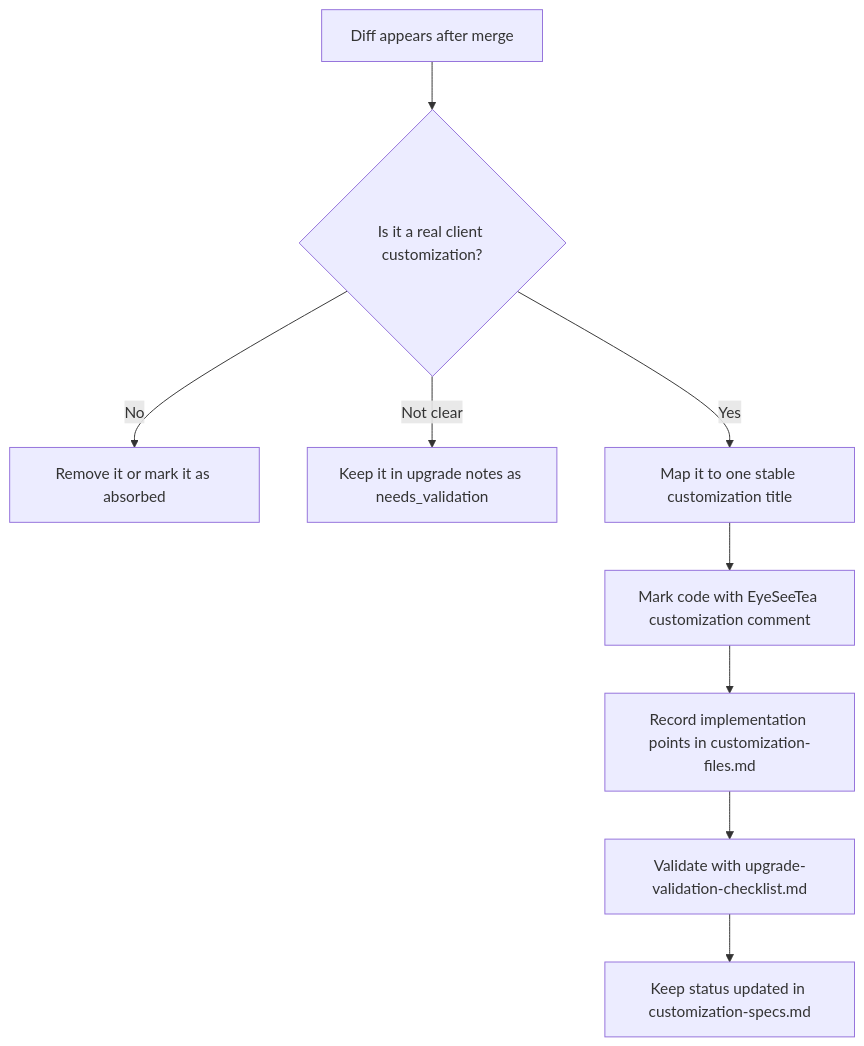
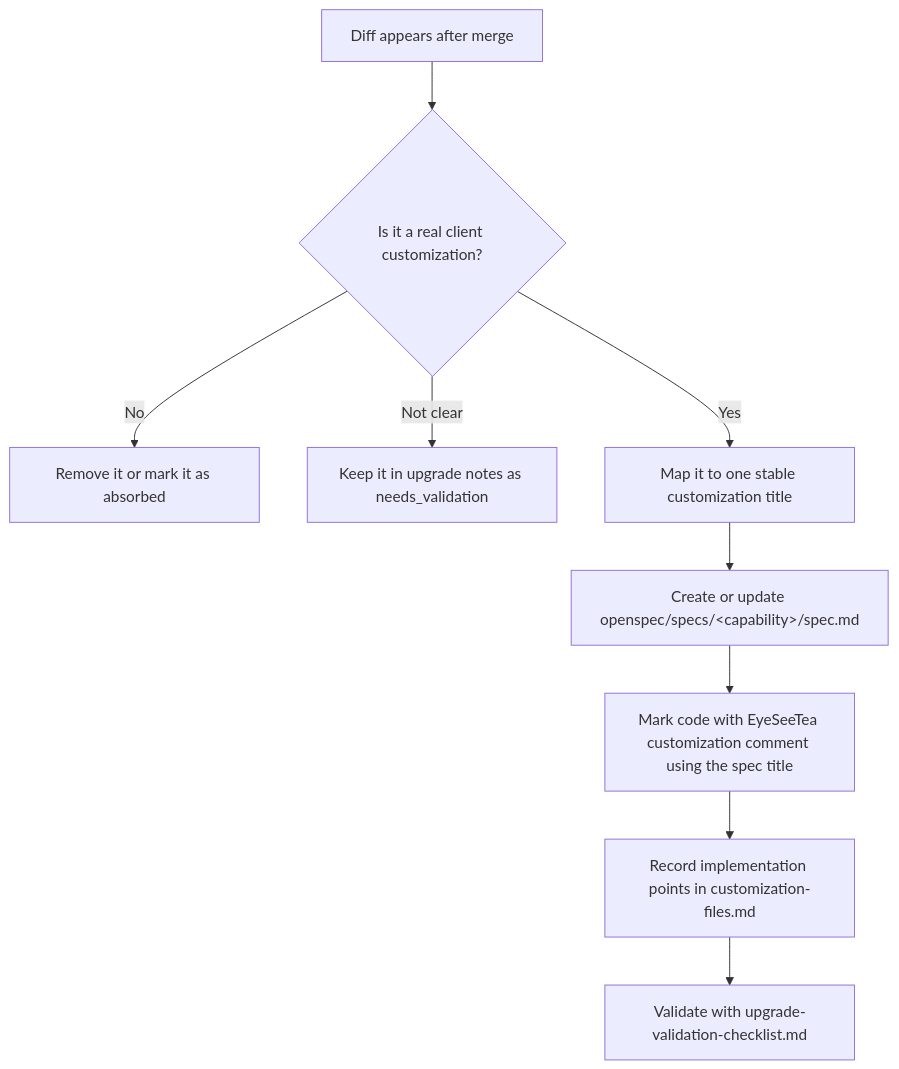
Before and after one commit to Simprints/dhis2-gg2-android-capture-app: the fifth of 6 diagrams in eyeseetea-docs/README.md, drawn with Mermaid. The commit also changed other lines of this file and 19 other files, not shown here.

````diff
--- a/eyeseetea-docs/README.md
+++ b/eyeseetea-docs/README.md
@@ -167,11 +172,11 @@
 ```mermaid
 flowchart TD
     diff[Diff appears after merge] --> classify{Is it a real client customization?}
     classify -->|No| absorbed[Remove it or mark it as absorbed]
     classify -->|Not clear| validation[Keep it in upgrade notes as needs_validation]
     classify -->|Yes| title[Map it to one stable customization title]
-    title --> code[Mark code with EyeSeeTea customization comment]
+    title --> spec[Create or update openspec/specs/&lt;capability&gt;/spec.md]
+    spec --> code[Mark code with EyeSeeTea customization comment using the spec title]
     code --> inventory[Record implementation points in customization-files.md]
     inventory --> checklist[Validate with upgrade-validation-checklist.md]
-    checklist --> spec[Keep status updated in customization-specs.md]
 ```
````
